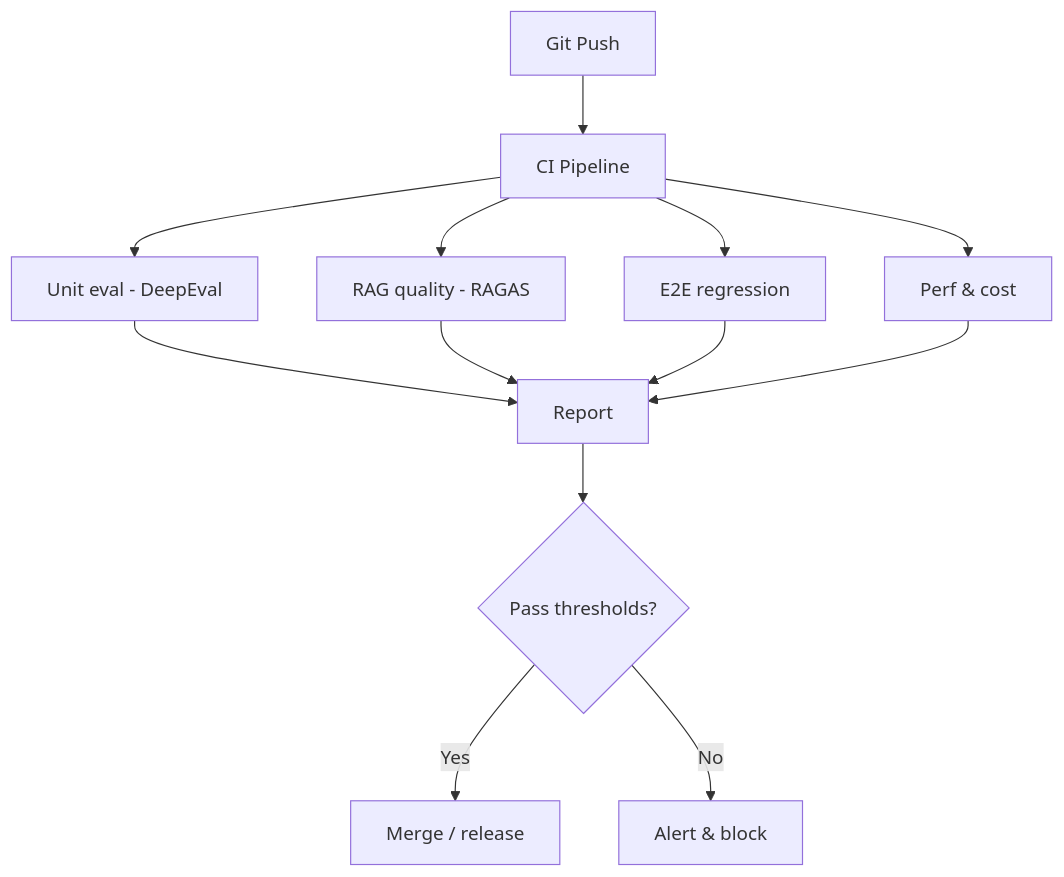
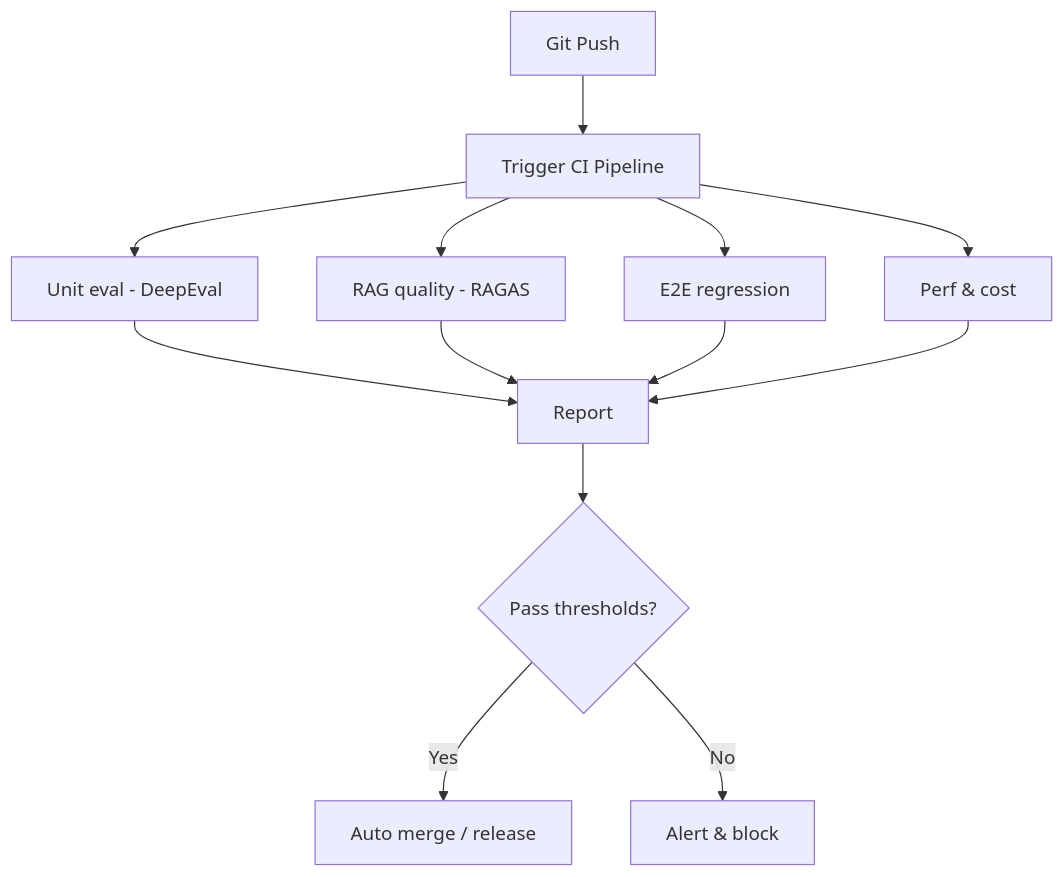
One commit to ByteTitan-star/ByteTitan-star.github.io changed the sixth of 6 diagrams in src/content/blog/Agent前沿知识/Agent评估：Agent到底靠不靠谱.md. Above: the diagram before and after it, drawn with Mermaid. The commit also changed other lines of this file and 10 other files, not shown here.

````diff
--- a/src/content/blog/Agent前沿知识/Agent评估：Agent到底靠不靠谱.md
+++ b/src/content/blog/Agent前沿知识/Agent评估：Agent到底靠不靠谱.md
@@ -540,15 +678,15 @@
 ```mermaid
 flowchart TD
-    A[Git Push] --> B[CI Pipeline]
+    A[Git Push] --> B[Trigger CI Pipeline]
     B --> C[Unit eval - DeepEval]
     B --> D[RAG quality - RAGAS]
     B --> E[E2E regression]
     B --> F[Perf & cost]
     C --> G[Report]
     D --> G
     E --> G
     F --> G
     G --> H{Pass thresholds?}
-    H -->|Yes| I[Merge / release]
+    H -->|Yes| I[Auto merge / release]
     H -->|No| J[Alert & block]
 ```
````
